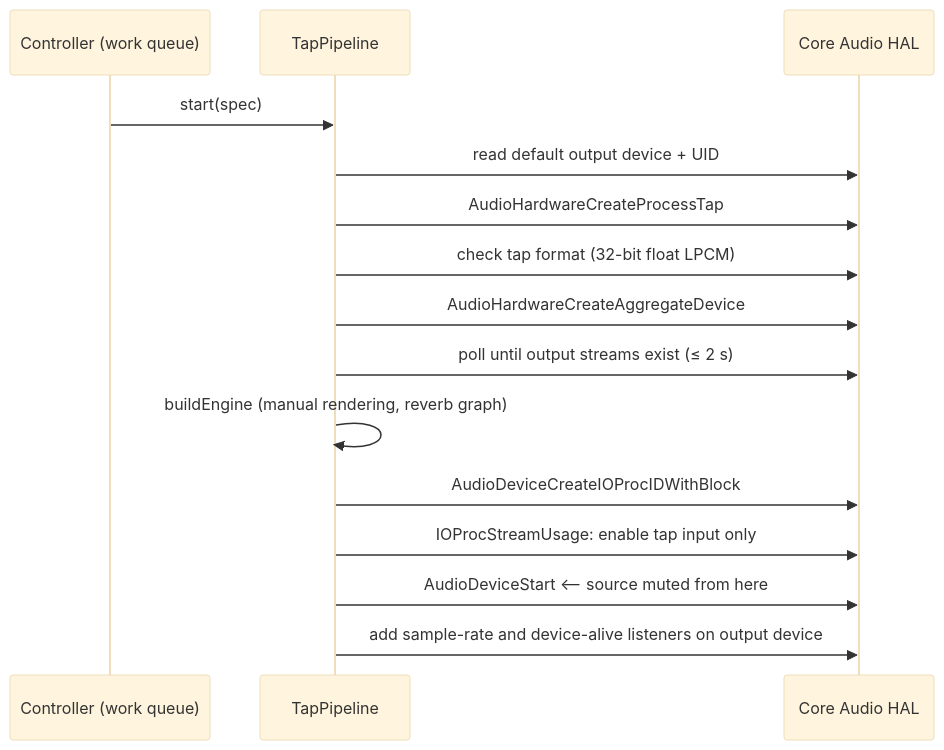
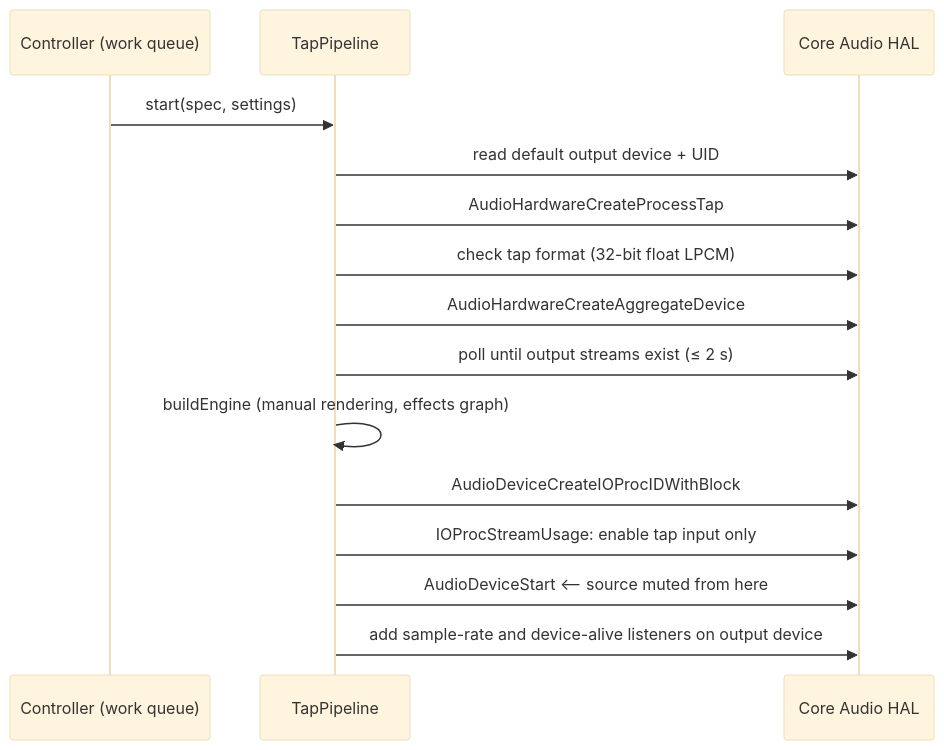
The fourth of 7 diagrams in docs/ARCHITECTURE.md (parinwarishui/reverb-room), drawn with Mermaid (base theme) before and after one commit. The commit also changed other lines of this file and 36 other files, not shown here.

````diff
--- a/docs/ARCHITECTURE.md
+++ b/docs/ARCHITECTURE.md
@@ -79,17 +118,17 @@
 ```mermaid
 sequenceDiagram
     participant C as Controller (work queue)
     participant P as TapPipeline
     participant HAL as Core Audio HAL
-    C->>P: start(spec)
+    C->>P: start(spec, settings)
     P->>HAL: read default output device + UID
     P->>HAL: AudioHardwareCreateProcessTap
     P->>HAL: check tap format (32-bit float LPCM)
     P->>HAL: AudioHardwareCreateAggregateDevice
     P->>HAL: poll until output streams exist (≤ 2 s)
-    P->>P: buildEngine (manual rendering, reverb graph)
+    P->>P: buildEngine (manual rendering, effects graph)
     P->>HAL: AudioDeviceCreateIOProcIDWithBlock
     P->>HAL: IOProcStreamUsage: enable tap input only
     P->>HAL: AudioDeviceStart  ⟵ source muted from here
     P->>HAL: add sample-rate and device-alive listeners on output device
 ```
````
